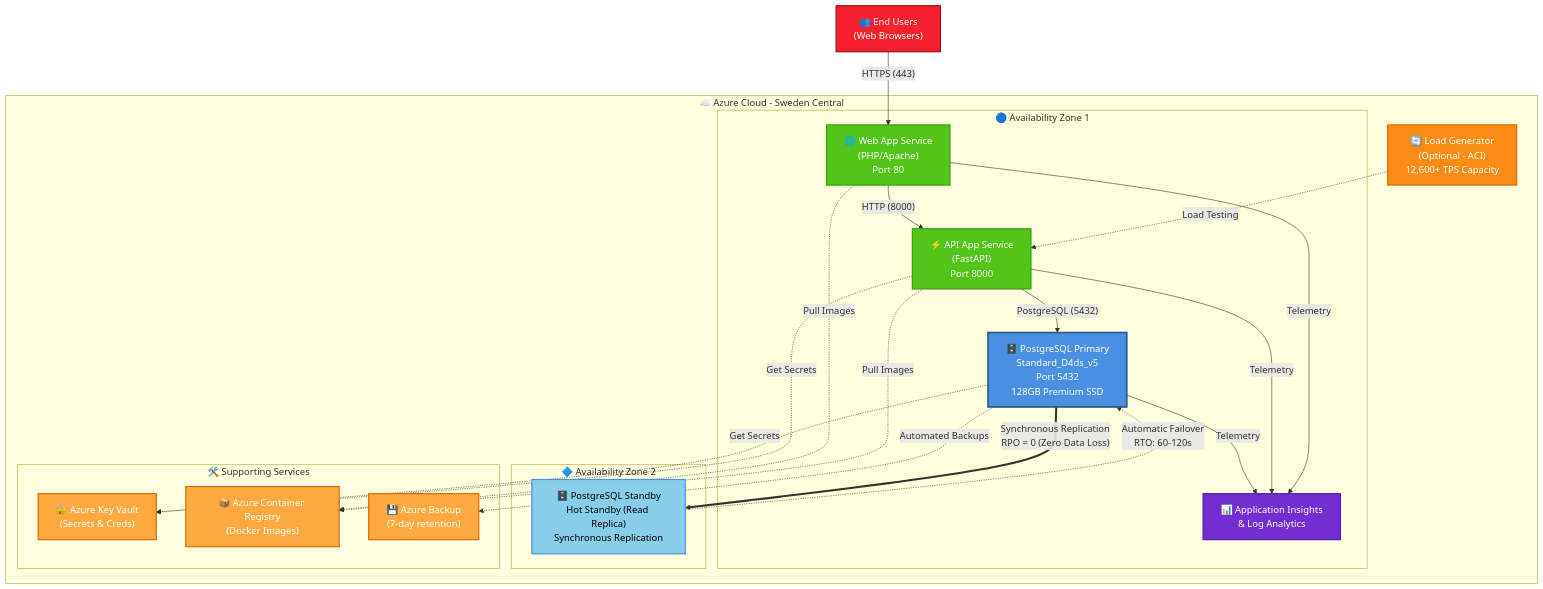
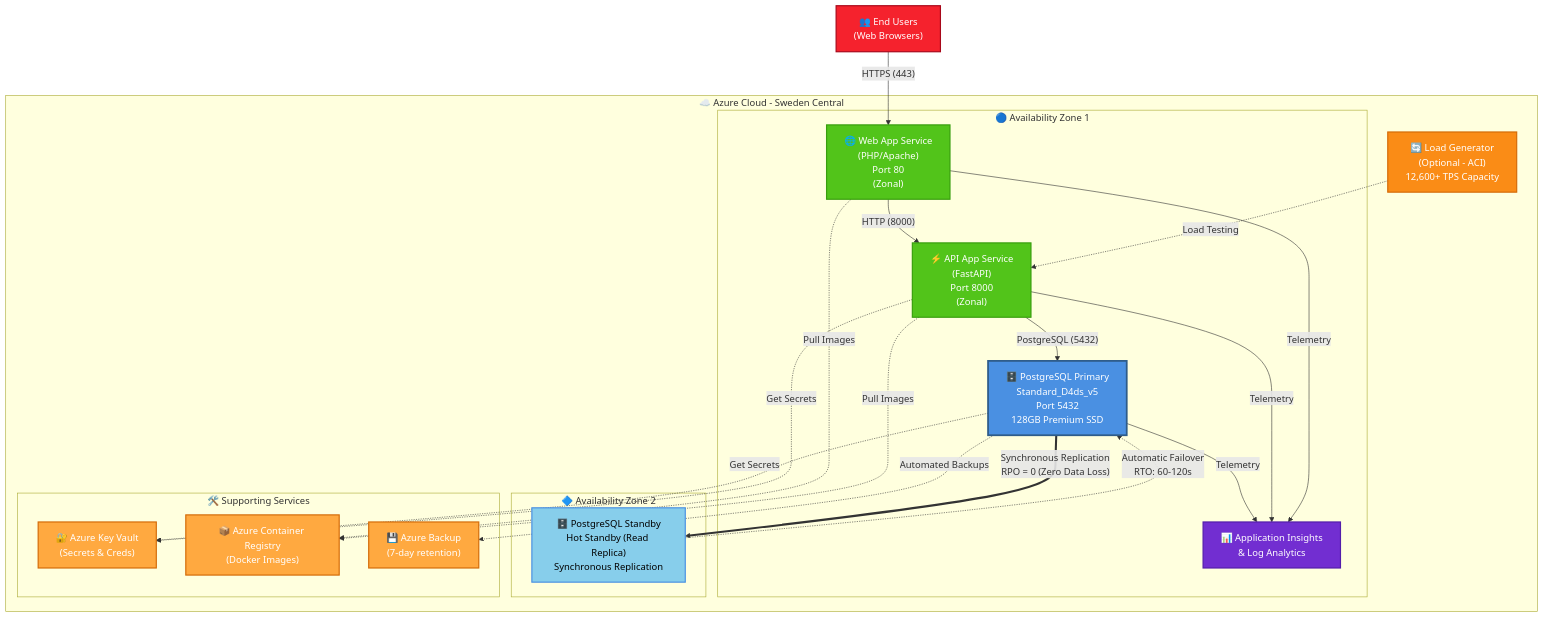
Before and after one commit to jonathan-vella/azure-postgresql-ha-workshop: the diagram in docs/v1.0.0/architecture.md, drawn with Mermaid. The commit also changed other lines of this file and 1 other file, not shown here.

Commit message:
docs: update architecture diagram and highlights for clarity and detail; specify zonal deployment for App Services

````diff
--- a/docs/v1.0.0/architecture.md
+++ b/docs/v1.0.0/architecture.md
@@ -5,59 +5,59 @@
 ```mermaid
 graph TB
     subgraph Azure["☁️ Azure Cloud - Sweden Central"]
         subgraph Zone1["🔵 Availability Zone 1"]
-            Web["🌐 Web App Service<br/>(PHP/Apache)<br/>Port 80"]
-            API["⚡ API App Service<br/>(FastAPI)<br/>Port 8000"]
+            Web["🌐 Web App Service<br/>(PHP/Apache)<br/>Port 80<br/>(Zonal)"]
+            API["⚡ API App Service<br/>(FastAPI)<br/>Port 8000<br/>(Zonal)"]
             PrimaryDB["🗄️ PostgreSQL Primary<br/>Standard_D4ds_v5<br/>Port 5432<br/>128GB Premium SSD"]
             Monitor["📊 Application Insights<br/>& Log Analytics"]
         end
         
         subgraph Zone2["🔷 Availability Zone 2"]
             StandbyDB["🗄️ PostgreSQL Standby<br/>Hot Standby (Read Replica)<br/>Synchronous Replication"]
         end
         
         subgraph Support["🛠️ Supporting Services"]
             KeyVault["🔐 Azure Key Vault<br/>(Secrets & Creds)"]
             ACR["📦 Azure Container Registry<br/>(Docker Images)"]
             Backup["💾 Azure Backup<br/>(7-day retention)"]
         end
         
         LoadGen["🔄 Load Generator<br/>(Optional - ACI)<br/>12,600+ TPS Capacity"]
     end
     
     Users["👥 End Users<br/>(Web Browsers)"]
     
     Users -->|"HTTPS (443)"| Web
     Web -->|"HTTP (8000)"| API
     API -->|"PostgreSQL (5432)"| PrimaryDB
     LoadGen -.->|"Load Testing"| API
     
     PrimaryDB ==>|"Synchronous Replication<br/>RPO = 0 (Zero Data Loss)"| StandbyDB
     PrimaryDB -->|"Telemetry"| Monitor
     API -->|"Telemetry"| Monitor
     Web -->|"Telemetry"| Monitor
     
     StandbyDB -.->|"Automatic Failover<br/>RTO: 60-120s"| PrimaryDB
     
     PrimaryDB -.->|"Get Secrets"| KeyVault
     API -.->|"Get Secrets"| KeyVault
     Web -.->|"Pull Images"| ACR
     API -.->|"Pull Images"| ACR
     PrimaryDB -.->|"Automated Backups"| Backup
     
     classDef primary fill:#4A90E2,stroke:#2E5C8A,stroke-width:3px,color:#fff
     classDef standby fill:#87CEEB,stroke:#4A90E2,stroke-width:2px,color:#000
     classDef app fill:#52C41A,stroke:#389E0D,stroke-width:2px,color:#fff
     classDef support fill:#FFA940,stroke:#D46B08,stroke-width:2px,color:#fff
     classDef monitor fill:#722ED1,stroke:#531DAB,stroke-width:2px,color:#fff
     classDef users fill:#F5222D,stroke:#A8071A,stroke-width:2px,color:#fff
     classDef loadgen fill:#FA8C16,stroke:#D46B08,stroke-width:2px,color:#fff
     
     class PrimaryDB primary
     class StandbyDB standby
     class Web,API app
     class KeyVault,ACR,Backup support
     class Monitor monitor
     class Users users
     class LoadGen loadgen
 ```
````
